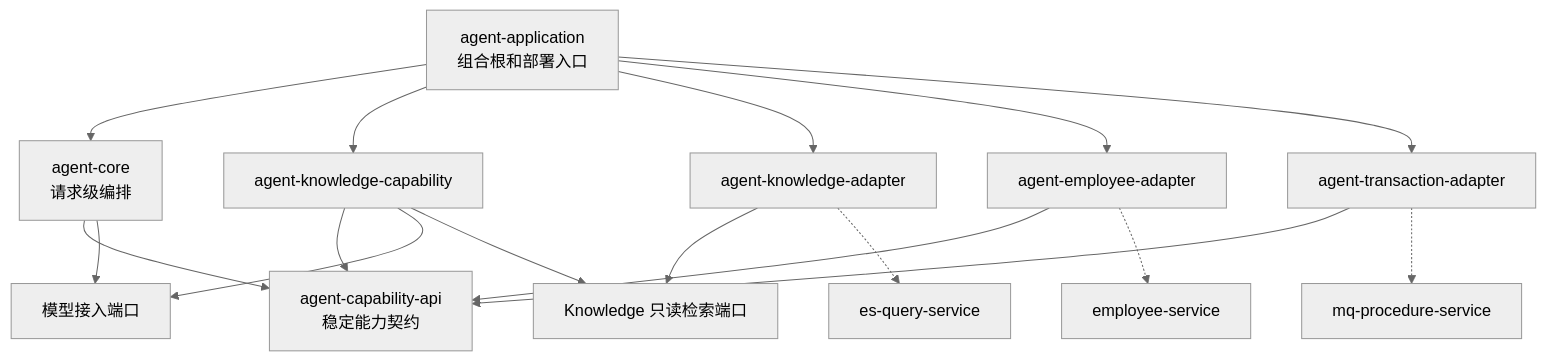
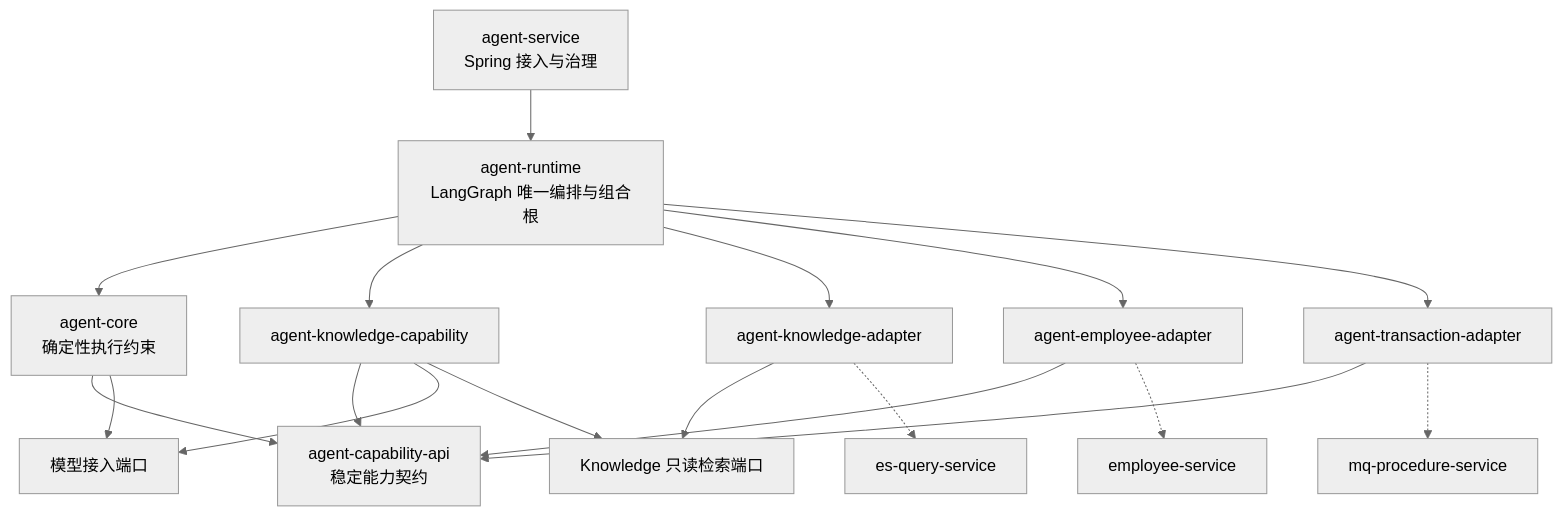
One commit to KyriosoO/springcloud-demo changed the second of 4 diagrams in docs/design/SINGLE_AGENT_ARCHITECTURE.md. Above: the diagram before and after it, drawn with Mermaid (neutral theme). The commit also changed other lines of this file and 2 other files, not shown here.

Commit message:
docs: add single-agent core runtime L1

````diff
--- a/docs/design/SINGLE_AGENT_ARCHITECTURE.md
+++ b/docs/design/SINGLE_AGENT_ARCHITECTURE.md
@@ -336,30 +359,32 @@
 ```mermaid
 flowchart TD
-    App["agent-application<br/>组合根和部署入口"]
-    Core["agent-core<br/>请求级编排"]
+    Service["agent-service<br/>Spring 接入与治理"]
+    Runtime["agent-runtime<br/>LangGraph 唯一编排与组合根"]
+    Core["agent-core<br/>确定性执行约束"]
     Api["agent-capability-api<br/>稳定能力契约"]
     ModelPort["模型接入端口"]
     KnowledgeCapability["agent-knowledge-capability"]
     KnowledgeRetrievalPort["Knowledge 只读检索端口"]
     KnowledgeAdapter["agent-knowledge-adapter"]
     EmployeeAdapter["agent-employee-adapter"]
     TransactionAdapter["agent-transaction-adapter"]
 
-    App --> Core
-    App --> KnowledgeCapability
-    App --> KnowledgeAdapter
-    App --> EmployeeAdapter
-    App --> TransactionAdapter
+    Service --> Runtime
+    Runtime --> Core
+    Runtime --> KnowledgeCapability
+    Runtime --> KnowledgeAdapter
+    Runtime --> EmployeeAdapter
+    Runtime --> TransactionAdapter
     Core --> Api
     Core --> ModelPort
     KnowledgeCapability --> Api
     KnowledgeCapability --> ModelPort
     KnowledgeCapability --> KnowledgeRetrievalPort
     KnowledgeAdapter --> KnowledgeRetrievalPort
     EmployeeAdapter --> Api
     TransactionAdapter --> Api
 
     KnowledgeAdapter -.-> EsQuery["es-query-service"]
     EmployeeAdapter -.-> Employee["employee-service"]
     TransactionAdapter -.-> Transaction["mq-procedure-service"]
 ```
````
